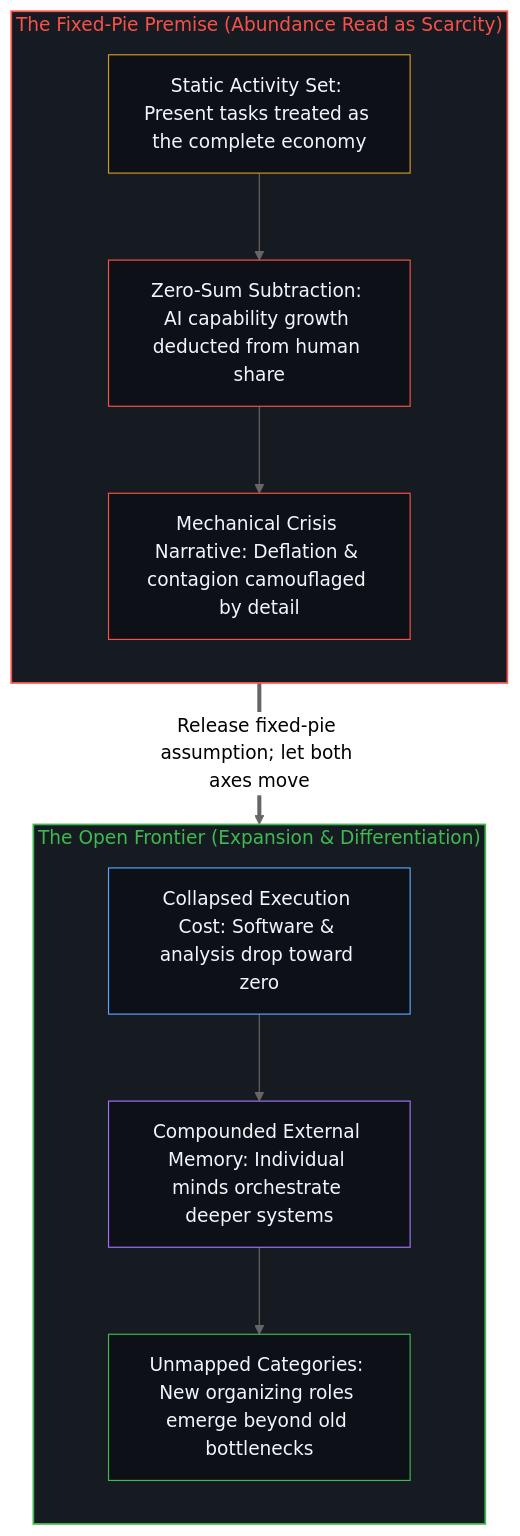
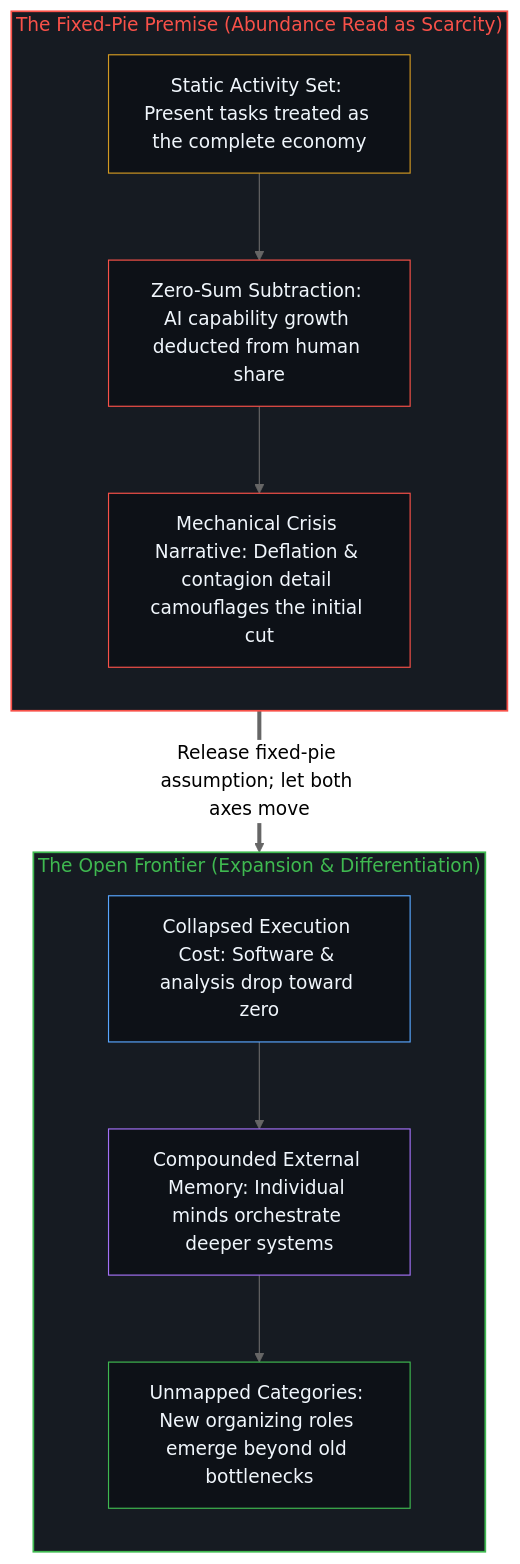
Before and after one commit to powerpig99/not-a-toe: the second of 2 diagrams in content/posts/when-abundance-looks-like-scarcity.md, drawn with Mermaid (neutral theme). The commit also changed other lines of this file and 4 other files, not shown here.

````diff
--- a/content/posts/when-abundance-looks-like-scarcity.md
+++ b/content/posts/when-abundance-looks-like-scarcity.md
@@ -64,26 +64,26 @@
 ```mermaid
 flowchart TD
     subgraph S_Fixed["The Fixed-Pie Premise (Abundance Read as Scarcity)"]
         direction TB
         F_Hold["Static Activity Set: Present tasks treated as the complete economy"]
         F_Sub["Zero-Sum Subtraction: AI capability growth deducted from human share"]
-        F_Panic["Mechanical Crisis Narrative: Deflation & contagion camouflaged by detail"]
+        F_Panic["Mechanical Crisis Narrative: Deflation & contagion detail camouflages the initial cut"]
         F_Hold --> F_Sub --> F_Panic
     end
     subgraph S_Expand["The Open Frontier (Expansion & Differentiation)"]
         direction TB
         E_Cheap["Collapsed Execution Cost: Software & analysis drop toward zero"]
         E_Memory["Compounded External Memory: Individual minds orchestrate deeper systems"]
         E_New["Unmapped Categories: New organizing roles emerge beyond old bottlenecks"]
         E_Cheap --> E_Memory --> E_New
     end
     F_Panic ==>|"Release fixed-pie assumption; let both axes move"| E_Cheap
     style S_Fixed fill:#161b22,stroke:#f85149,stroke-width:1.5px,color:#f85149
     style S_Expand fill:#161b22,stroke:#3fb950,stroke-width:1.5px,color:#3fb950
     style F_Hold fill:#0d1117,stroke:#d29922,stroke-width:1px,color:#f0f6fc
     style F_Sub fill:#0d1117,stroke:#f85149,stroke-width:1px,color:#f0f6fc
     style F_Panic fill:#0d1117,stroke:#f85149,stroke-width:1px,color:#f0f6fc
     style E_Cheap fill:#0d1117,stroke:#58a6ff,stroke-width:1px,color:#f0f6fc
     style E_Memory fill:#0d1117,stroke:#a371f7,stroke-width:1px,color:#f0f6fc
     style E_New fill:#0d1117,stroke:#3fb950,stroke-width:1px,color:#f0f6fc
 ```
````
